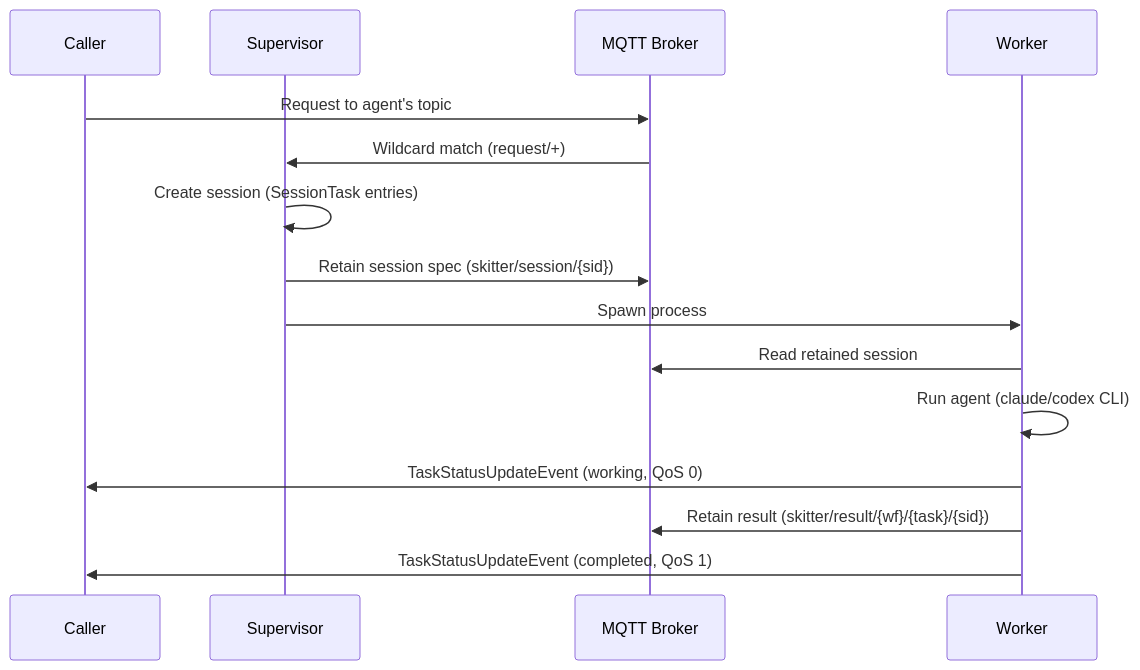
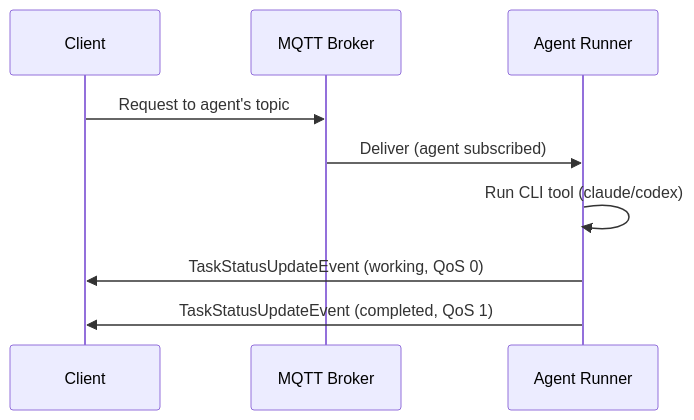
One commit to id/skitter changed the first of 4 diagrams in docs/architecture.md. Above: the diagram before and after it, drawn with Mermaid. The commit also changed other lines of this file and 11 other files, not shown here.

First line of the commit message:
simplify: agent-runner reads native .md/.toml, live tests use Docker

````diff
--- a/docs/architecture.md
+++ b/docs/architecture.md
@@ -59,18 +60,12 @@
 ```mermaid
 sequenceDiagram
-    participant C as Caller
-    participant S as Supervisor
+    participant C as Client
     participant B as MQTT Broker
-    participant W as Worker
+    participant A as Agent Runner
 
     C->>B: Request to agent's topic
-    B->>S: Wildcard match (request/+)
-    S->>S: Create session (SessionTask entries)
-    S->>B: Retain session spec (skitter/session/{sid})
-    S->>W: Spawn process
-    W->>B: Read retained session
-    W->>W: Run agent (claude/codex CLI)
-    W->>C: TaskStatusUpdateEvent (working, QoS 0)
-    W->>B: Retain result (skitter/result/{wf}/{task}/{sid})
-    W->>C: TaskStatusUpdateEvent (completed, QoS 1)
+    B->>A: Deliver (agent subscribed)
+    A->>A: Run CLI tool (claude/codex)
+    A->>C: TaskStatusUpdateEvent (working, QoS 0)
+    A->>C: TaskStatusUpdateEvent (completed, QoS 1)
 ```
````
